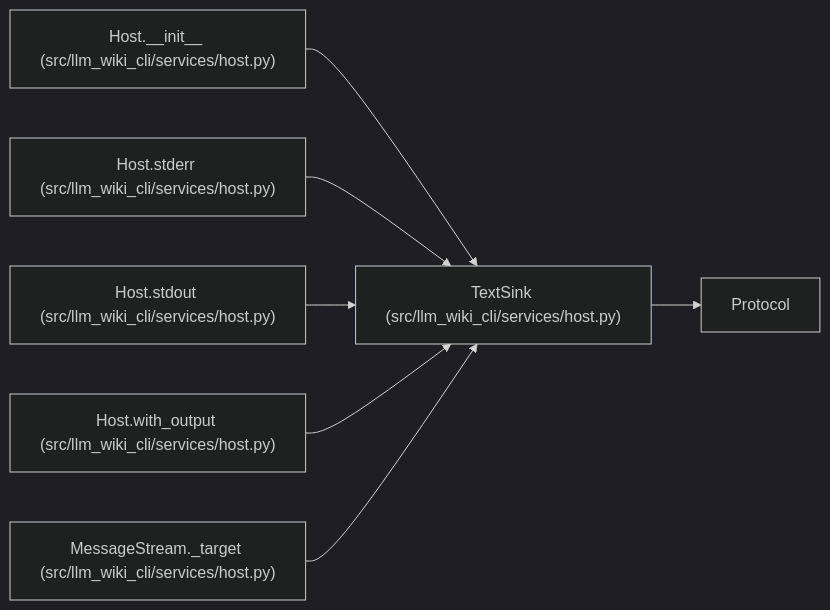
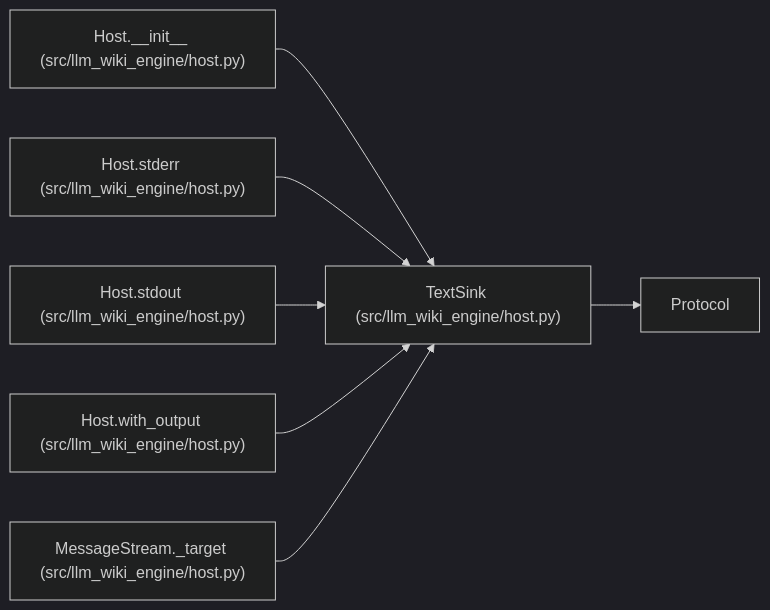
The diagram in docs/llm_wiki/entities/TextSink.md (Denissvgn/python-wiki-llm), drawn with Mermaid (dark theme) before and after one commit. The commit also changed other lines of this file and 1103 other files, not shown here.

First line of the commit message:
docs: refresh the wiki for the llm-wiki-engine distribution

````diff
--- a/docs/llm_wiki/entities/TextSink.md
+++ b/docs/llm_wiki/entities/TextSink.md
@@ -26,22 +26,22 @@
 ```mermaid
 flowchart LR
-    n0["TextSink (src/llm_wiki_cli/services/host.py)"]
+    n0["TextSink (src/llm_wiki_engine/host.py)"]
     n1["Protocol"]
-    n2["Host.__init__ (src/llm_wiki_cli/services/host.py)"]
-    n3["Host.stderr (src/llm_wiki_cli/services/host.py)"]
-    n4["Host.stdout (src/llm_wiki_cli/services/host.py)"]
-    n5["Host.with_output (src/llm_wiki_cli/services/host.py)"]
-    n6["MessageStream._target (src/llm_wiki_cli/services/host.py)"]
+    n2["Host.__init__ (src/llm_wiki_engine/host.py)"]
+    n3["Host.stderr (src/llm_wiki_engine/host.py)"]
+    n4["Host.stdout (src/llm_wiki_engine/host.py)"]
+    n5["Host.with_output (src/llm_wiki_engine/host.py)"]
+    n6["MessageStream._target (src/llm_wiki_engine/host.py)"]
     n0 --> n1
     n2 --> n0
     n3 --> n0
     n4 --> n0
     n5 --> n0
     n6 --> n0
     click n0 "../modules/host.md"
     click n2 "../modules/host.md"
     click n3 "../modules/host.md"
     click n4 "../modules/host.md"
     click n5 "../modules/host.md"
     click n6 "../modules/host.md"
 ```
````
